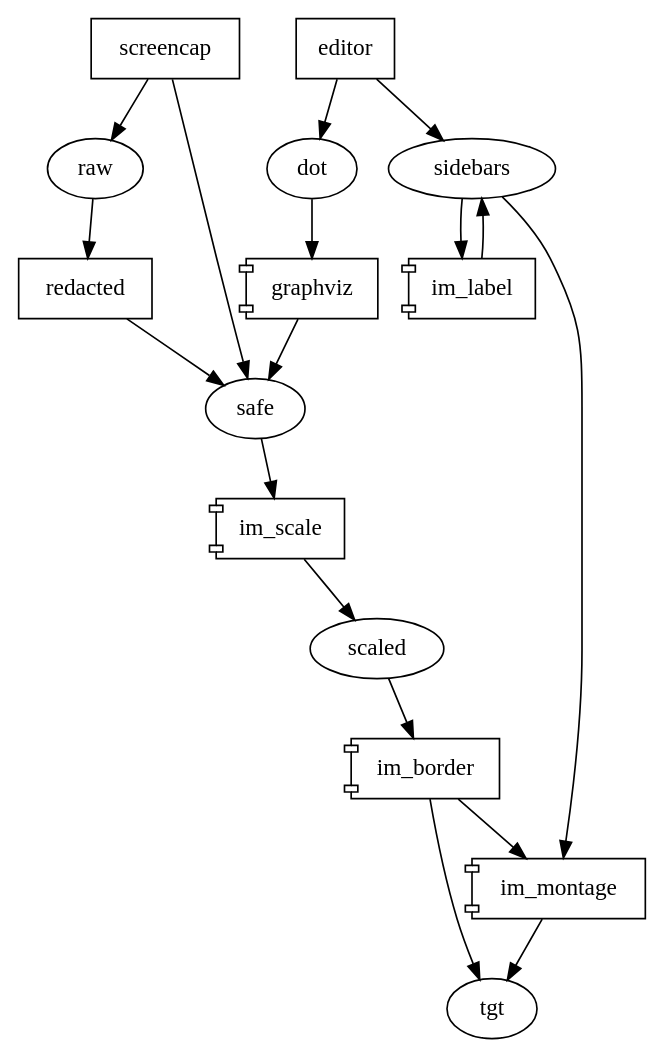
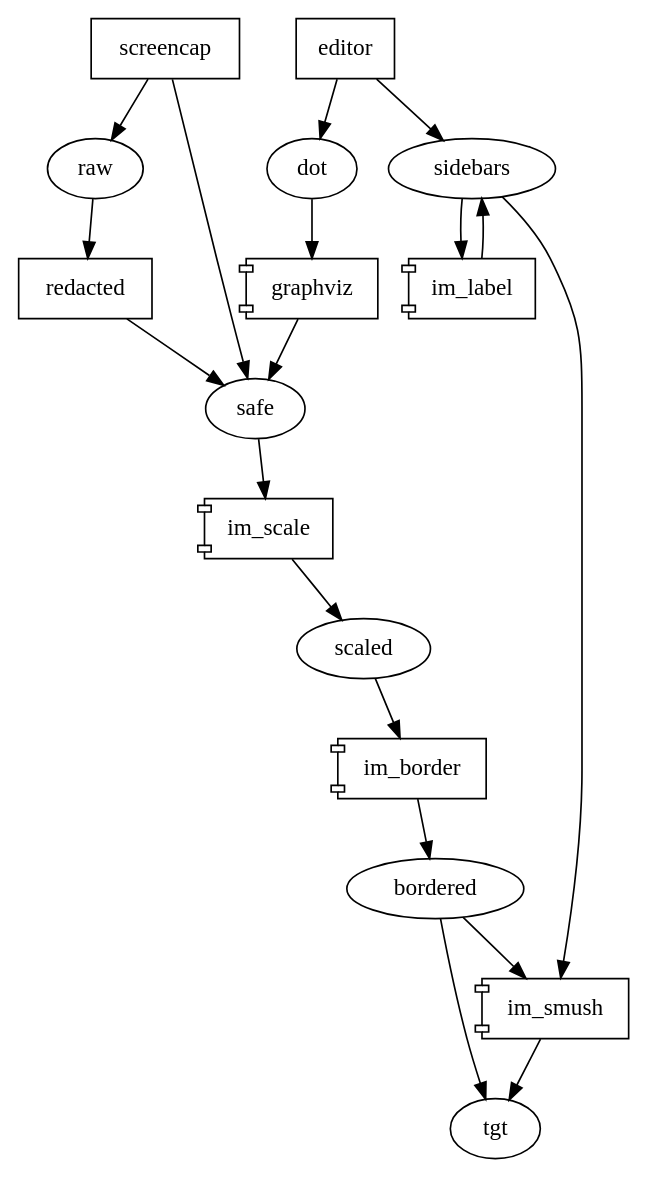
The diagram in docs/images/dot/graphics_stages.dot (cronical/budget_dance), drawn with Graphviz before and after one commit. The commit also changed 64 other files, not shown here.

```diff
--- a/docs/images/dot/graphics_stages.dot
+++ b/docs/images/dot/graphics_stages.dot
@@ -1,22 +1,22 @@
 # how graphics are processed
 digraph{
   node[shape=rect]
    screencap editor redacted  
   node[shape=component]
     graphviz
     im_label
     im_scale
     im_border
-    im_montage
+    im_smush
   node [shape=ellipse]
   editor->{dot,sidebars}
   sidebars->im_label->sidebars
   screencap->{raw,safe}
   dot->graphviz->safe
-  {sidebars,im_border}->im_montage
+  {sidebars,bordered}->im_smush
   raw->redacted->safe
-  {safe}->im_scale->scaled->im_border
-  {im_border,im_montage}->tgt
+  {safe}->im_scale->scaled->im_border->bordered
+  {bordered,im_smush}->tgt
 
 
 }
```
